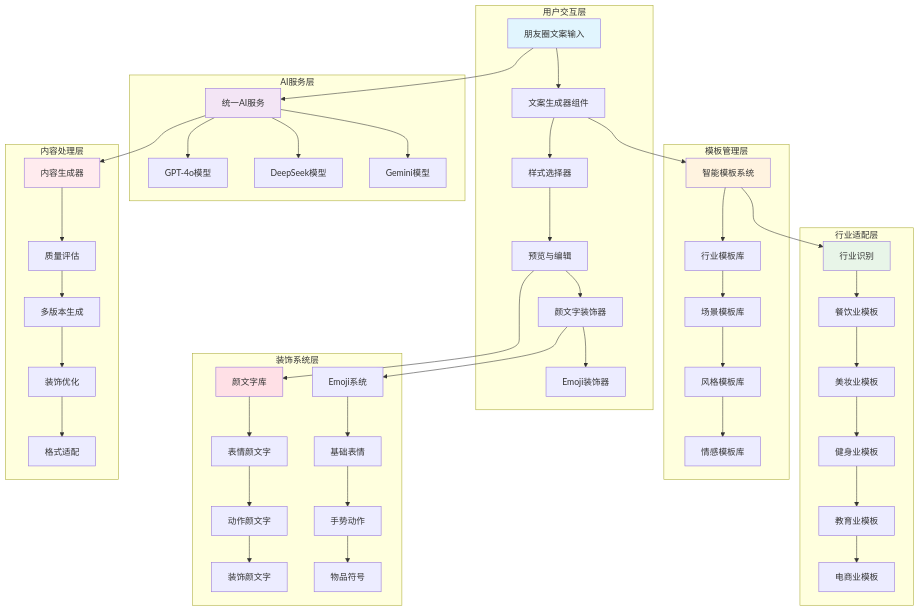
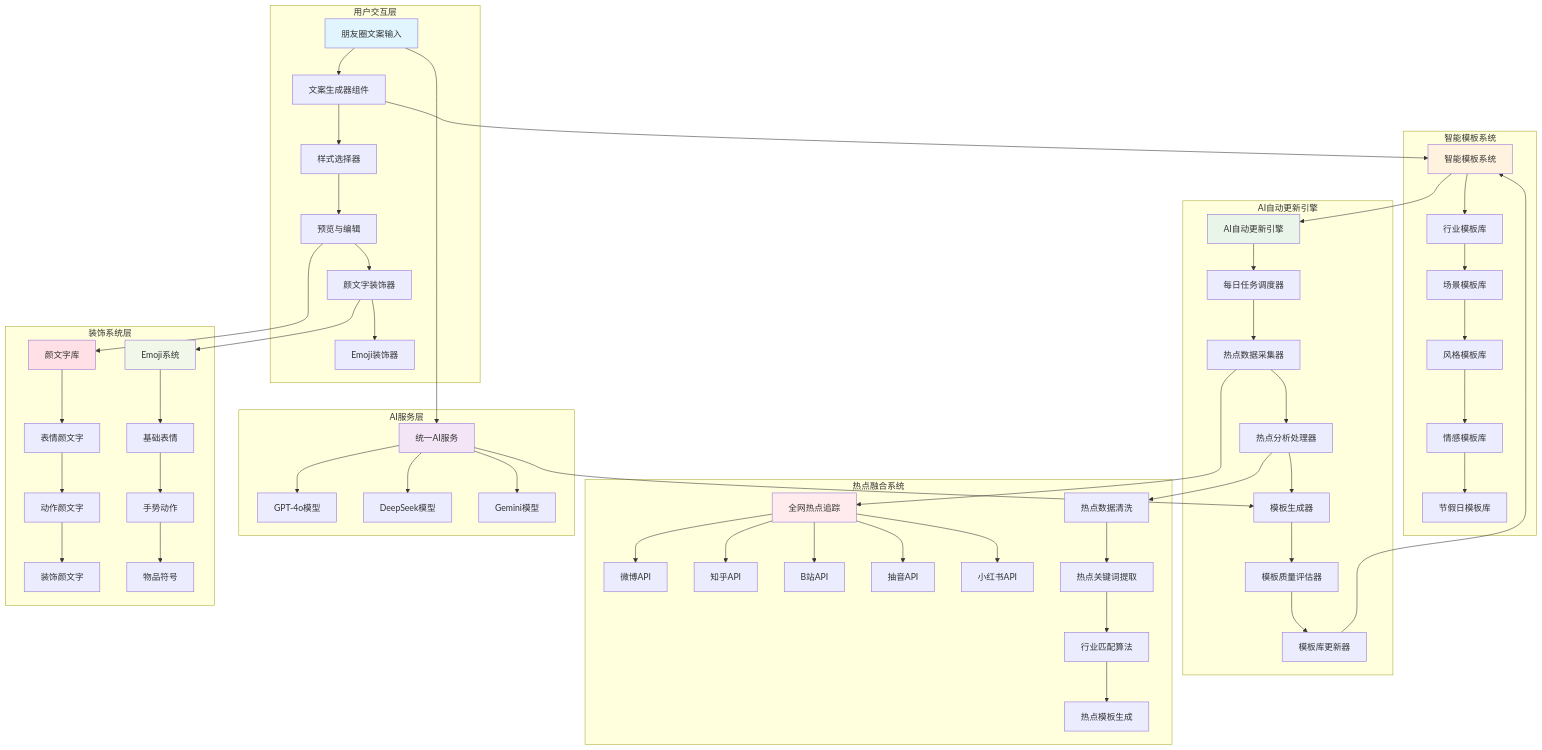
The first of 5 diagrams in .qoder/quests/unknown-task.md (xiongtingping/wenpai), drawn with Mermaid before and after one commit. The commit also changed other lines of this file and 1 other file, not shown here.

````diff
--- a/.qoder/quests/unknown-task.md
+++ b/.qoder/quests/unknown-task.md
@@ -34,61 +34,71 @@
 ```mermaid
 graph TB
     subgraph "用户交互层"
         A[朋友圈文案输入] --> B[文案生成器组件]
         B --> C[样式选择器]
         C --> D[预览与编辑]
         D --> E[颜文字装饰器]
         E --> F[Emoji装饰器]
     end
     
     subgraph "AI服务层"
         G[统一AI服务] --> H[GPT-4o模型]
         G --> I[DeepSeek模型]
         G --> J[Gemini模型]
     end
     
-    subgraph "模板管理层"
+    subgraph "智能模板系统"
         K[智能模板系统] --> L[行业模板库]
         L --> M[场景模板库]
         M --> N[风格模板库]
         N --> O[情感模板库]
+        O --> P[节假日模板库]
+    end
+    
+    subgraph "AI自动更新引擎"
+        Q[AI自动更新引擎] --> R[每日任务调度器]
+        R --> S[热点数据采集器]
+        S --> T[热点分析处理器]
+        T --> U[模板生成器]
+        U --> V[模板质量评估器]
+        V --> W[模板库更新器]
+    end
+    
+    subgraph "热点融合系统"
+        X[全网热点追踪] --> Y[微博API]
+        X --> Z[知乎API]
+        X --> AA[B站API]
+        X --> BB[抽音API]
+        X --> CC[小红书API]
+        DD[热点数据清洗] --> EE[热点关键词提取]
+        EE --> FF[行业匹配算法]
+        FF --> GG[热点模板生成]
     end
     
     subgraph "装饰系统层"
-        P[颜文字库] --> Q[表情颜文字]
-        Q --> R[动作颜文字]
-        R --> S[装饰颜文字]
-        T[Emoji系统] --> U[基础表情]
-        U --> V[手势动作]
-        V --> W[物品符号]
-    end
-    
-    subgraph "行业适配层"
-        X[行业识别] --> Y[餐饮业模板]
-        Y --> Z[美妆业模板]
-        Z --> AA[健身业模板]
-        AA --> BB[教育业模板]
-        BB --> CC[电商业模板]
-    end
-    
-    subgraph "内容处理层"
-        DD[内容生成器] --> EE[质量评估]
-        EE --> FF[多版本生成]
-        FF --> GG[装饰优化]
-        GG --> HH[格式适配]
+        HH[颜文字库] --> II[表情颜文字]
+        II --> JJ[动作颜文字]
+        JJ --> KK[装饰颜文字]
+        LL[Emoji系统] --> MM[基础表情]
+        MM --> NN[手势动作]
+        NN --> OO[物品符号]
     end
     
     A --> G
     B --> K
-    K --> X
-    D --> P
-    E --> T
-    G --> DD
+    K --> Q
+    S --> X
+    T --> DD
+    G --> U
+    W --> K
+    D --> HH
+    E --> LL
     
     style A fill:#e1f5fe
     style G fill:#f3e5f5
     style K fill:#fff3e0
-    style P fill:#ffe0e6
-    style X fill:#e8f5e8
-    style DD fill:#ffebee
+    style Q fill:#e8f5e8
+    style X fill:#ffebee
+    style HH fill:#ffe0e6
+    style LL fill:#f1f8e9
 ```
````
